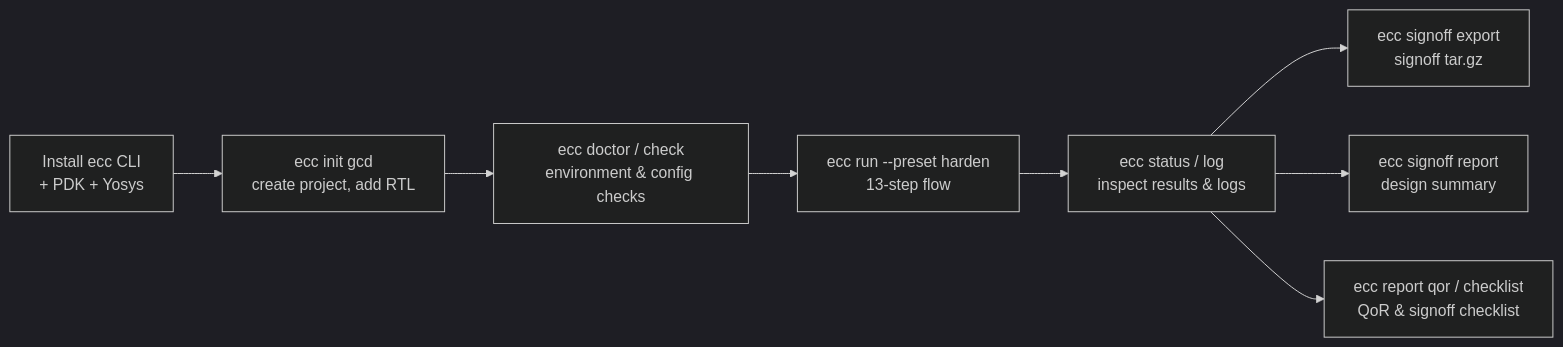
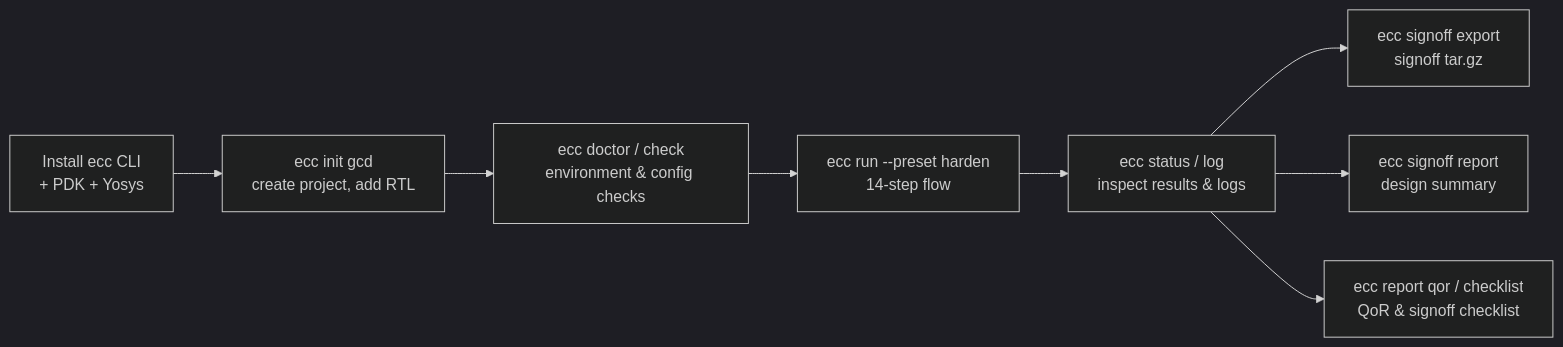
The first of 2 diagrams in docs/ecc-cli-tutorial.en.md (openecos-projects/ecc), drawn with Mermaid (dark theme) before and after one commit. The commit also changed other lines of this file and 8 other files, not shown here.

````diff
--- a/docs/ecc-cli-tutorial.en.md
+++ b/docs/ecc-cli-tutorial.en.md
@@ -15,10 +15,10 @@
 ```mermaid
 graph LR
     A[Install ecc CLI<br/>+ PDK + Yosys] --> B[ecc init gcd<br/>create project, add RTL]
     B --> C[ecc doctor / check<br/>environment & config checks]
-    C --> D[ecc run --preset harden<br/>13-step flow]
+    C --> D[ecc run --preset harden<br/>14-step flow]
     D --> E[ecc status / log<br/>inspect results & logs]
     E --> F[ecc signoff export<br/>signoff tar.gz]
     E --> G[ecc signoff report<br/>design summary]
     E --> H[ecc report qor / checklist<br/>QoR & signoff checklist]
 ```
````
